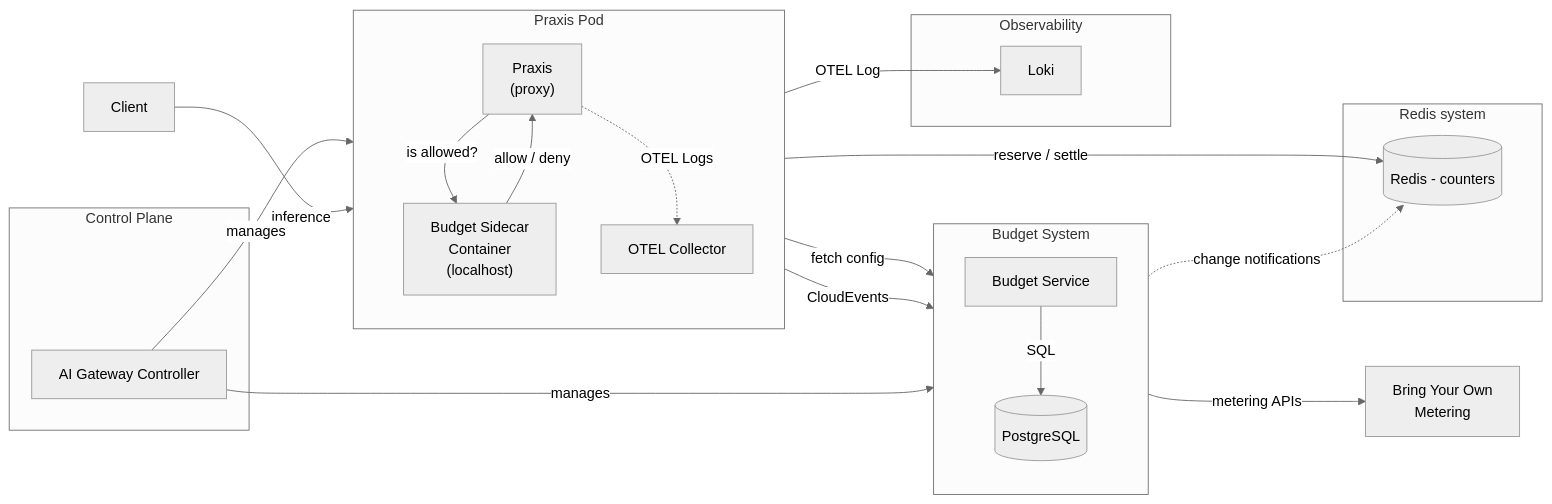
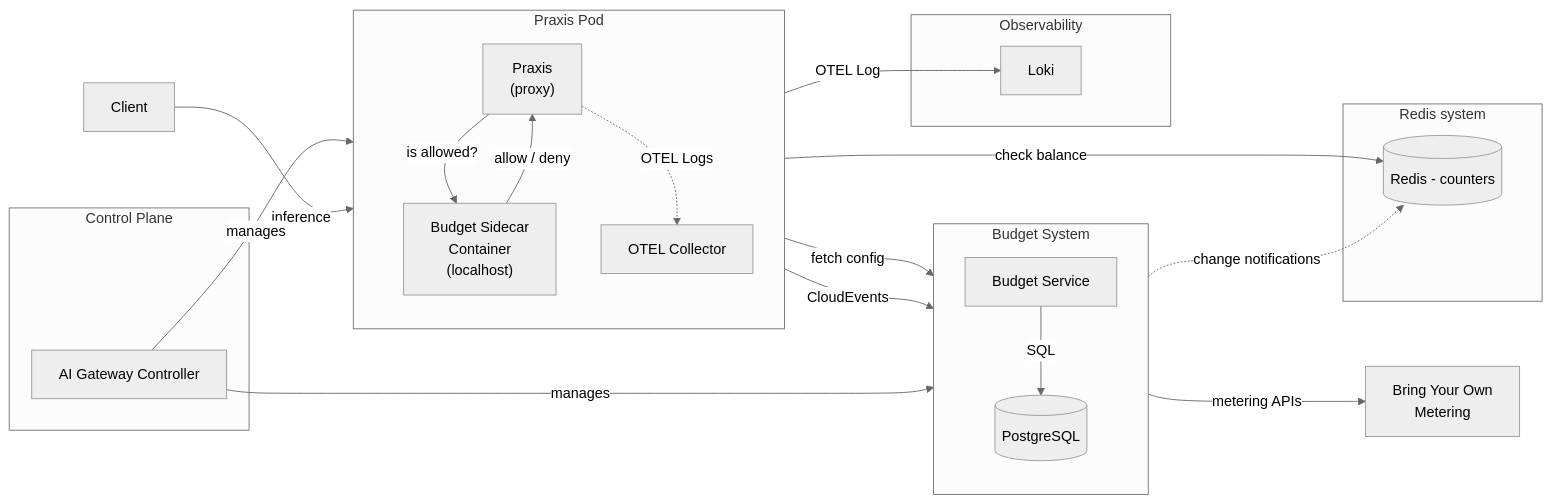
Before and after one commit to opendatahub-io/architecture-decision-records: the first of 3 diagrams in architecture-decision-records/ai-gateway/ODH-ADR-0001-Tokenomics.md, drawn with Mermaid (neutral theme). The commit also changed other lines of this file, not shown here.

````diff
--- a/architecture-decision-records/ai-gateway/ODH-ADR-0001-Tokenomics.md
+++ b/architecture-decision-records/ai-gateway/ODH-ADR-0001-Tokenomics.md
@@ -54,38 +54,38 @@
 ```mermaid
 flowchart LR
  subgraph redis_system["Redis system"]
         redis[("Redis - counters")]
   end
  subgraph praxis_pod["Praxis Pod"]
     direction TB
         praxis["Praxis<br>(proxy)"]
         sidecar["Budget Sidecar<br>Container<br>(localhost)"]
         otel_collector["OTEL Collector"]
   end
  subgraph control_plane["Control Plane"]
         aigc["AI Gateway Controller"]
  end
  subgraph budget_system["Budget System"]
     direction TB
         postgres[("PostgreSQL")]
         budget_service["Budget Service"]
  end
  subgraph obs["Observability"]
         loki["Loki"]
  end
 
     aigc -- manages --> praxis_pod
     aigc -- manages --> budget_system
     praxis -- is allowed? --> sidecar
-    sidecar -- reserve / settle --> redis
+    sidecar -- check balance --> redis
     sidecar -- allow / deny --> praxis
     praxis -. OTEL Logs .-> otel_collector
     budget_service -- SQL --> postgres
     client["Client"] -- inference --> praxis
 
     otel_collector -- CloudEvents --> budget_service
     otel_collector -- OTEL Log --> loki
     budget_service -. change notifications .-> redis
     sidecar -- fetch config --> budget_service
     budget_service -- metering APIs --> byom["Bring Your Own<br>Metering"]
 ```
````
